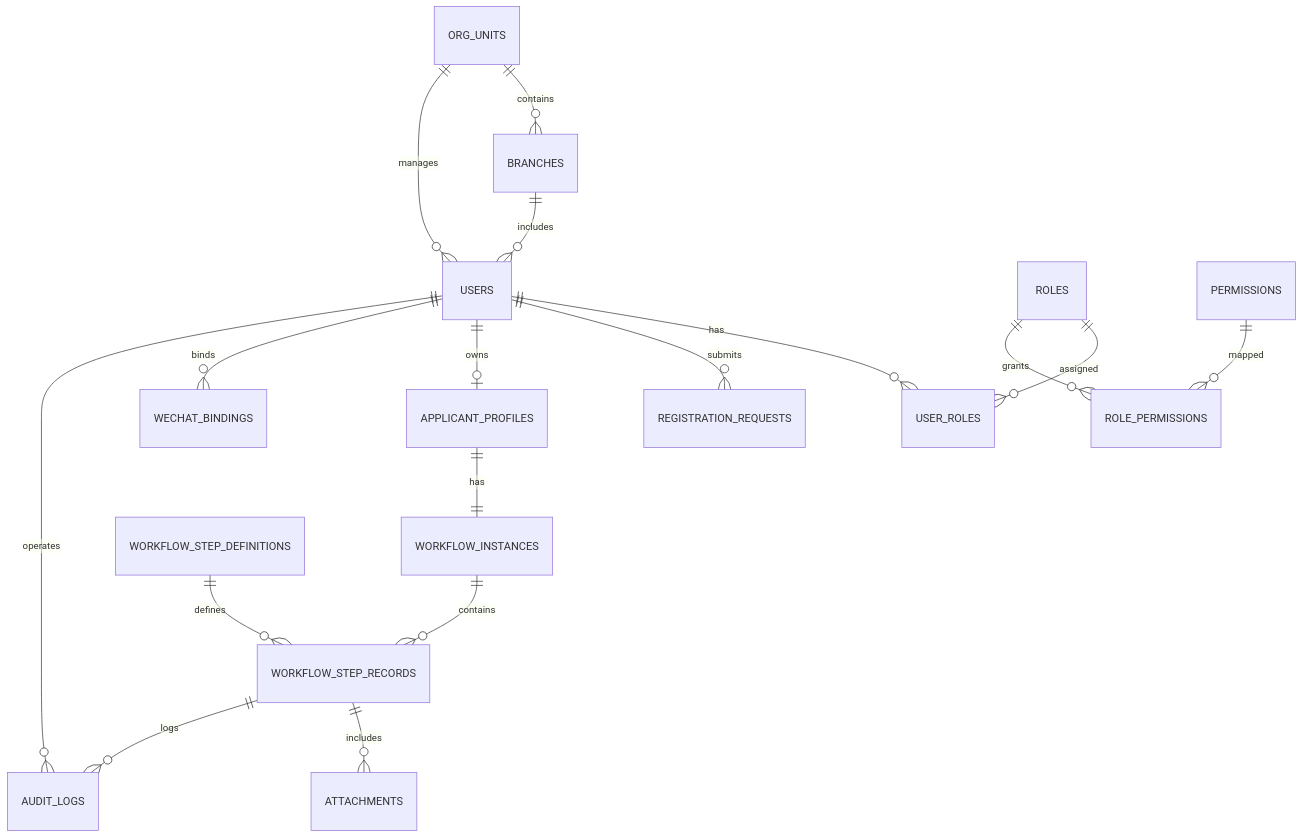
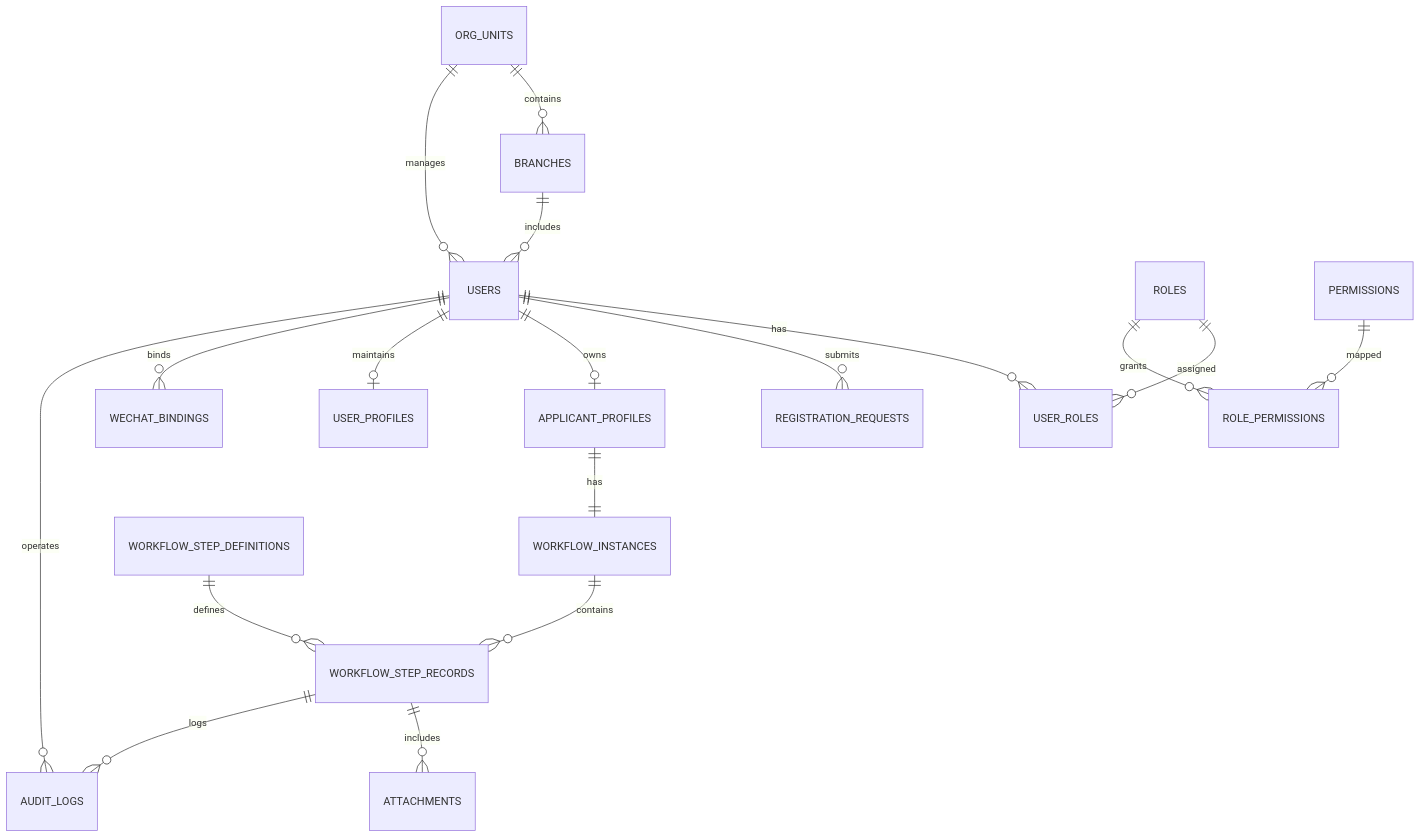
Before and after one commit to Lukas-VI/party-building-system: the diagram in docs/er.mmd, drawn with Mermaid. The commit also changed 28 other files, not shown here.

Commit message:
feat: split miniapp roles and profile flows

```diff
--- a/docs/er.mmd
+++ b/docs/er.mmd
@@ -1,17 +1,18 @@
 erDiagram
   USERS ||--o{ USER_ROLES : has
   ROLES ||--o{ USER_ROLES : assigned
   ROLES ||--o{ ROLE_PERMISSIONS : grants
   PERMISSIONS ||--o{ ROLE_PERMISSIONS : mapped
   ORG_UNITS ||--o{ BRANCHES : contains
   ORG_UNITS ||--o{ USERS : manages
   BRANCHES ||--o{ USERS : includes
   USERS ||--o{ REGISTRATION_REQUESTS : submits
   USERS ||--o| APPLICANT_PROFILES : owns
+  USERS ||--o| USER_PROFILES : maintains
   APPLICANT_PROFILES ||--|| WORKFLOW_INSTANCES : has
   WORKFLOW_INSTANCES ||--o{ WORKFLOW_STEP_RECORDS : contains
   WORKFLOW_STEP_DEFINITIONS ||--o{ WORKFLOW_STEP_RECORDS : defines
   WORKFLOW_STEP_RECORDS ||--o{ ATTACHMENTS : includes
   USERS ||--o{ WECHAT_BINDINGS : binds
   USERS ||--o{ AUDIT_LOGS : operates
   WORKFLOW_STEP_RECORDS ||--o{ AUDIT_LOGS : logs
```
